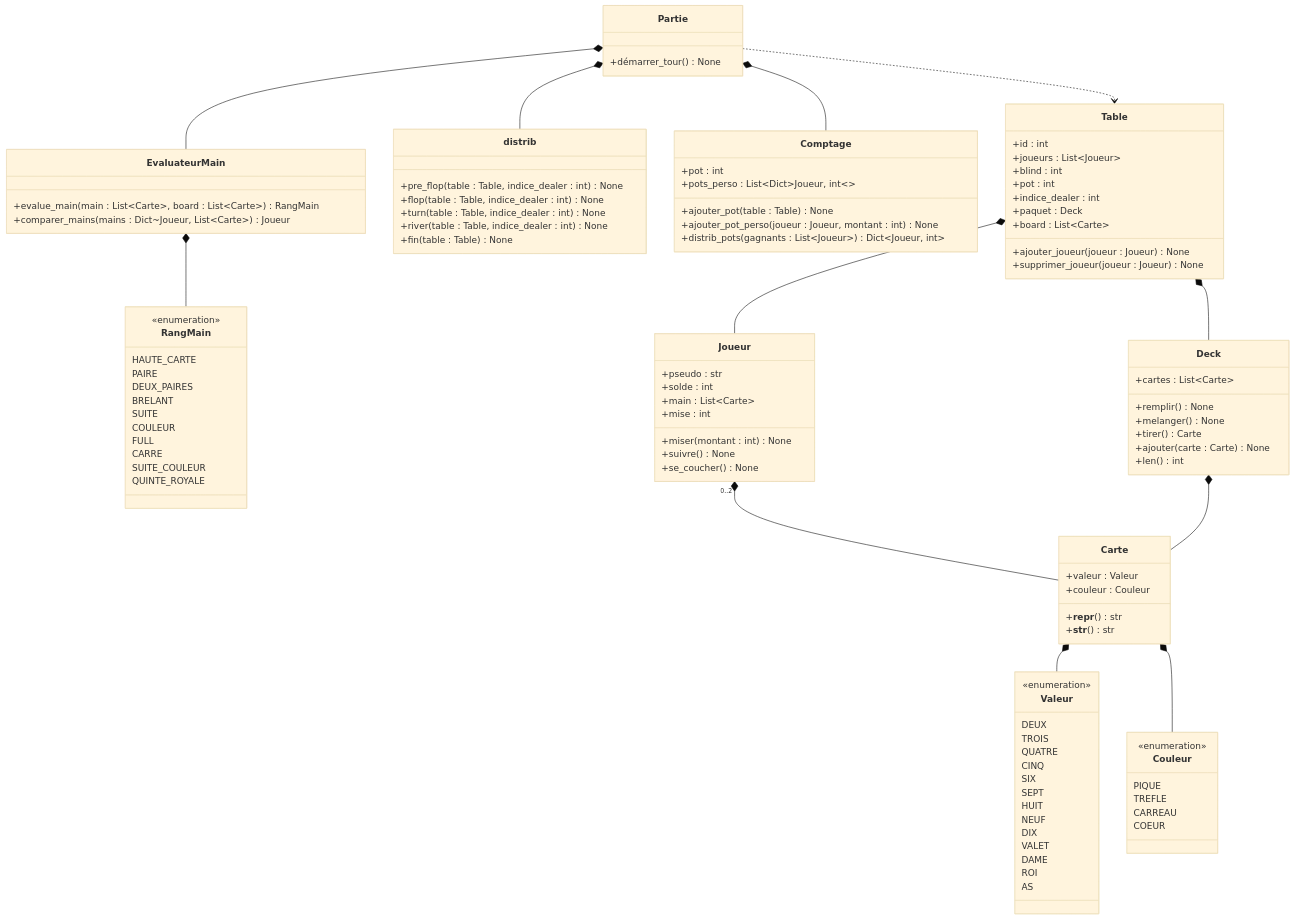
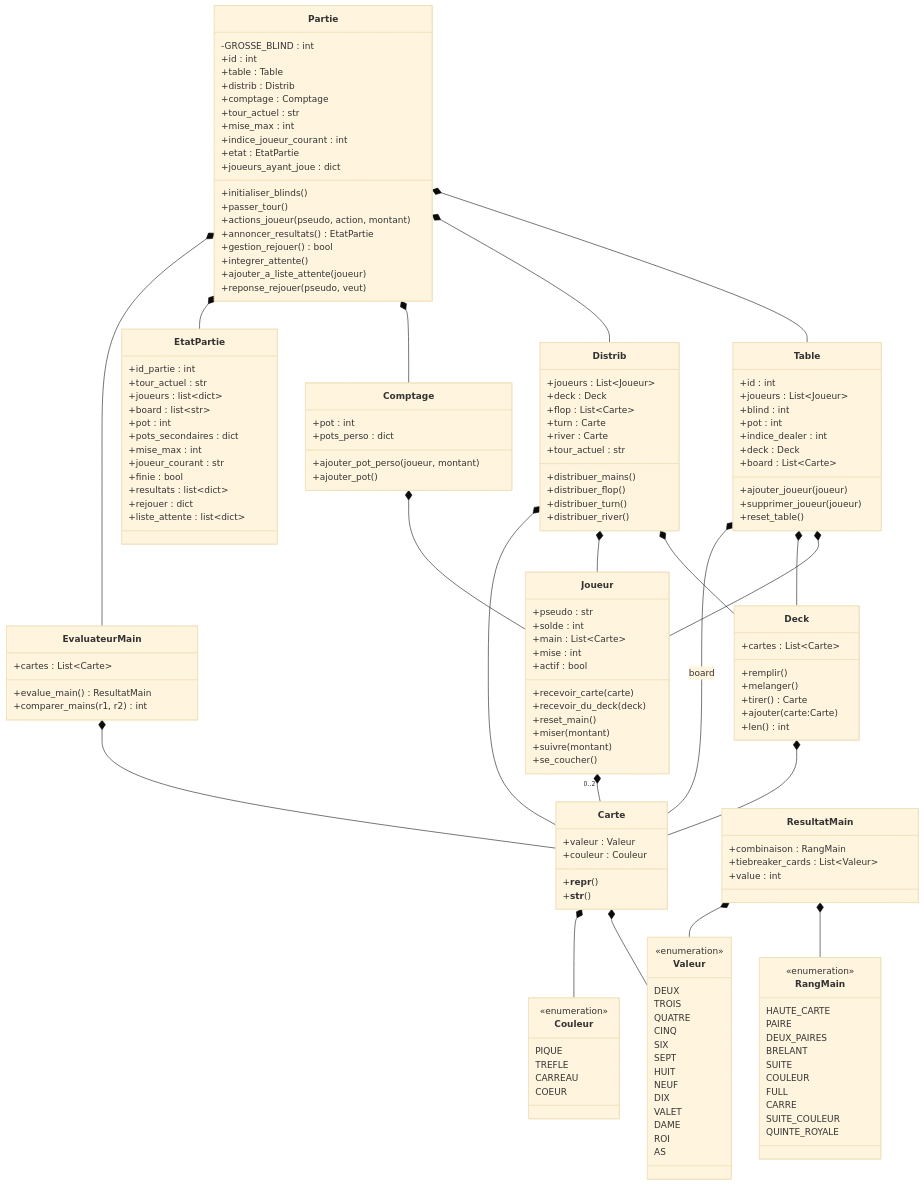
Before and after one commit to ArthurD19/ENSAI-2A-projet-info-groupe-9: the diagram in doc/diag_classes.md, drawn with Mermaid (base theme). The commit also changed other lines of this file and 2 other files, not shown here.

````diff
--- a/doc/diag_classes.md
+++ b/doc/diag_classes.md
@@ -17,6 +12,6 @@
 ```mermaid
 classDiagram
-    %% Enums
+    %% ENUMS
     class Couleur {
         <<enumeration>>
         PIQUE
@@ -56,20 +51,20 @@
         QUINTE_ROYALE
     }
 
-    %% Objets métiers
+    %% BUSINESS OBJECTS
     class Carte {
         +valeur : Valeur
         +couleur : Couleur
-        +__repr__() str
-        +__str__() str
+        +__repr__()
+        +__str__()
     }
 
     class Deck {
         +cartes : List~Carte~
-        +remplir() None
-        +melanger() None
+        +remplir()
+        +melanger()
         +tirer() Carte
-        +ajouter(carte : Carte) None
+        +ajouter(carte:Carte)
         +len() int
     }
 
@@ -78,9 +73,13 @@
         +solde : int
         +main : List~Carte~
         +mise : int
-        +miser(montant : int) None
-        +suivre() None
-        +se_coucher() None
+        +actif : bool
+        +recevoir_carte(carte)
+        +recevoir_du_deck(deck)
+        +reset_main()
+        +miser(montant)
+        +suivre(montant)
+        +se_coucher()
     }
 
     class Table {
@@ -89,47 +88,105 @@
         +blind : int
         +pot : int
         +indice_dealer : int
-        +paquet : Deck
+        +deck : Deck
         +board : List~Carte~
-        +ajouter_joueur(joueur : Joueur) None
-        +supprimer_joueur(joueur : Joueur) None
+        +ajouter_joueur(joueur)
+        +supprimer_joueur(joueur)
+        +reset_table()
     }
 
-    class Partie {
-        +démarrer_tour() None
-    }
-
-    class distrib {
-        +pre_flop(table : Table, indice_dealer : int) None
-        +flop(table : Table, indice_dealer : int) None
-        +turn(table : Table, indice_dealer : int) None
-        +river(table : Table, indice_dealer : int) None
-        +fin(table : Table) None
+    class Distrib {
+        +joueurs : List~Joueur~
+        +deck : Deck
+        +flop : List~Carte~
+        +turn : Carte
+        +river : Carte
+        +tour_actuel : str
+        +distribuer_mains()
+        +distribuer_flop()
+        +distribuer_turn()
+        +distribuer_river()
     }
 
     class Comptage {
         +pot : int
-        +pots_perso : List~Dict~Joueur, int~~
-        +ajouter_pot(table : Table) None
-        +ajouter_pot_perso(joueur : Joueur, montant : int) None
-        +distrib_pots(gagnants : List~Joueur~) Dict~Joueur, int~
+        +pots_perso : dict
+        +ajouter_pot_perso(joueur, montant)
+        +ajouter_pot()
+    }
+
+    class ResultatMain {
+        +combinaison : RangMain
+        +tiebreaker_cards : List~Valeur~
+        +value : int
     }
 
     class EvaluateurMain {
-        +evalue_main(main : List~Carte~, board : List~Carte~) RangMain
-        +comparer_mains(mains : Dict~Joueur, List~Carte~) Joueur
+        +cartes : List~Carte~
+        +evalue_main() ResultatMain
+        +comparer_mains(r1, r2) int
     }
 
-    %% Relations / hiérarchies
+    %% ETAT / PARTIE
+    class EtatPartie {
+        +id_partie : int
+        +tour_actuel : str
+        +joueurs : list~dict~
+        +board : list~str~
+        +pot : int
+        +pots_secondaires : dict
+        +mise_max : int
+        +joueur_courant : str
+        +finie : bool
+        +resultats : list~dict~
+        +rejouer : dict
+        +liste_attente : list~dict~
+    }
+
+    class Partie {
+        -GROSSE_BLIND : int
+        +id : int
+        +table : Table
+        +distrib : Distrib
+        +comptage : Comptage
+        +tour_actuel : str
+        +mise_max : int
+        +indice_joueur_courant : int
+        +etat : EtatPartie
+        +joueurs_ayant_joue : dict
+
+        +initialiser_blinds()
+        +passer_tour()
+        +actions_joueur(pseudo, action, montant)
+        +annoncer_resultats() EtatPartie
+        +gestion_rejouer() bool
+        +integrer_attente()
+        +ajouter_a_liste_attente(joueur)
+        +reponse_rejouer(pseudo, veut)
+    }
+
+    %% RELATIONS
     Carte *-- Valeur
     Carte *-- Couleur
+    Deck *-- Carte
     Joueur "0..2" *-- Carte
-    Deck *-- Carte
     Table *-- Joueur
     Table *-- Deck
-    Partie *-- distrib
+    Table *-- Carte : board
+    Distrib *-- Deck
+    Distrib *-- Joueur
+    Distrib *-- Carte
+
+    Partie *-- Table
+    Partie *-- Distrib
     Partie *-- Comptage
+    Partie *-- EtatPartie
     Partie *-- EvaluateurMain
-    Partie ..> Table
-    EvaluateurMain *-- RangMain
+
+    Comptage *-- Joueur
+
+    EvaluateurMain *-- Carte
+    ResultatMain *-- RangMain
+    ResultatMain *-- Valeur
+
 ```
````
